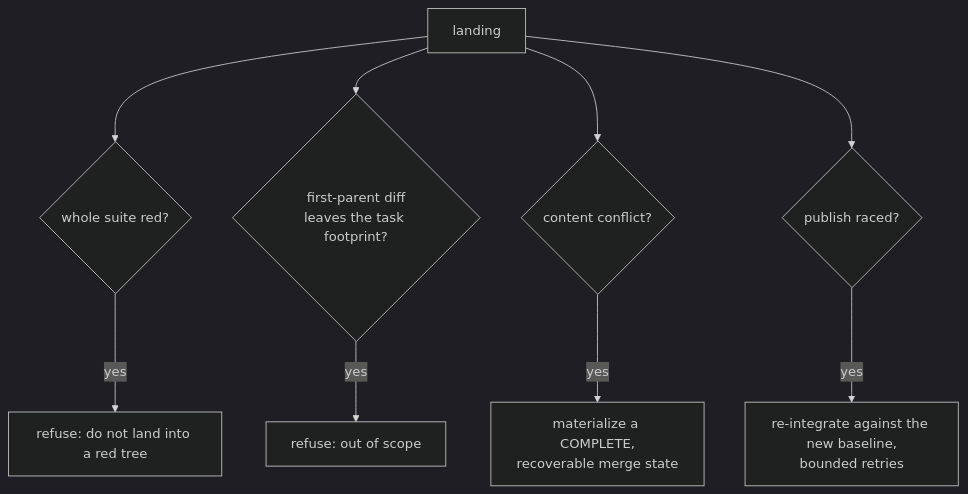
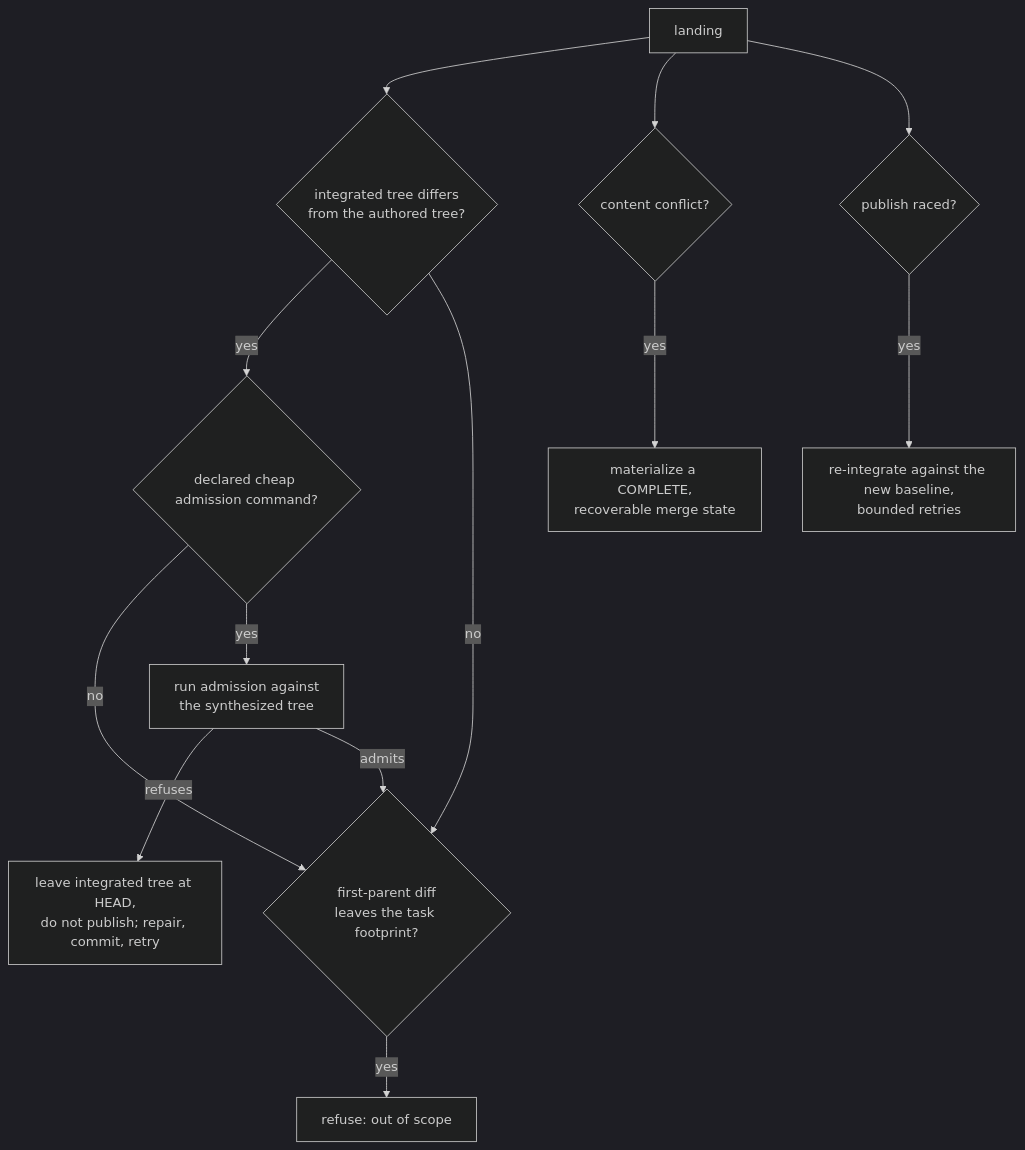
The seventh of 14 diagrams in docs/product/model/boundaries.md (infimalabs/spice-rust), drawn with Mermaid (dark theme) before and after one commit. The commit also changed other lines of this file and 71 other files, not shown here.

````diff
--- a/docs/product/model/boundaries.md
+++ b/docs/product/model/boundaries.md
@@ -132,11 +125,16 @@
 ```mermaid
 flowchart TD
-  L["landing"] --> S{"whole suite red?"}
-  S -- yes --> RefuseDoNotLandIntoARed["refuse: do not land into a red tree"]
-  L --> F{"first-parent diff<br/>leaves the task footprint?"}
+  L["landing"] --> S{"integrated tree differs<br/>from the authored tree?"}
+  S -- yes --> A{"declared cheap admission command?"}
+  S -- no --> F
+  A -- no --> F
+  A -- yes --> RUN["run admission against<br/>the synthesized tree"]
+  RUN -- refuses --> RefuseAdmission["leave integrated tree at HEAD,<br/>do not publish; repair, commit, retry"]
+  RUN -- admits --> F
+  F{"first-parent diff<br/>leaves the task footprint?"}
   F -- yes --> RefuseOutOfScope["refuse: out of scope"]
   L --> C{"content conflict?"}
   C -- yes --> MaterializeACOMPLETERecoverableMergeState["materialize a COMPLETE,<br/>recoverable merge state"]
   L --> RACE{"publish raced?"}
   RACE -- yes --> ReIntegrateAgainstTheNewBaselineBounded["re-integrate against the new baseline,<br/>bounded retries"]
 ```
````
